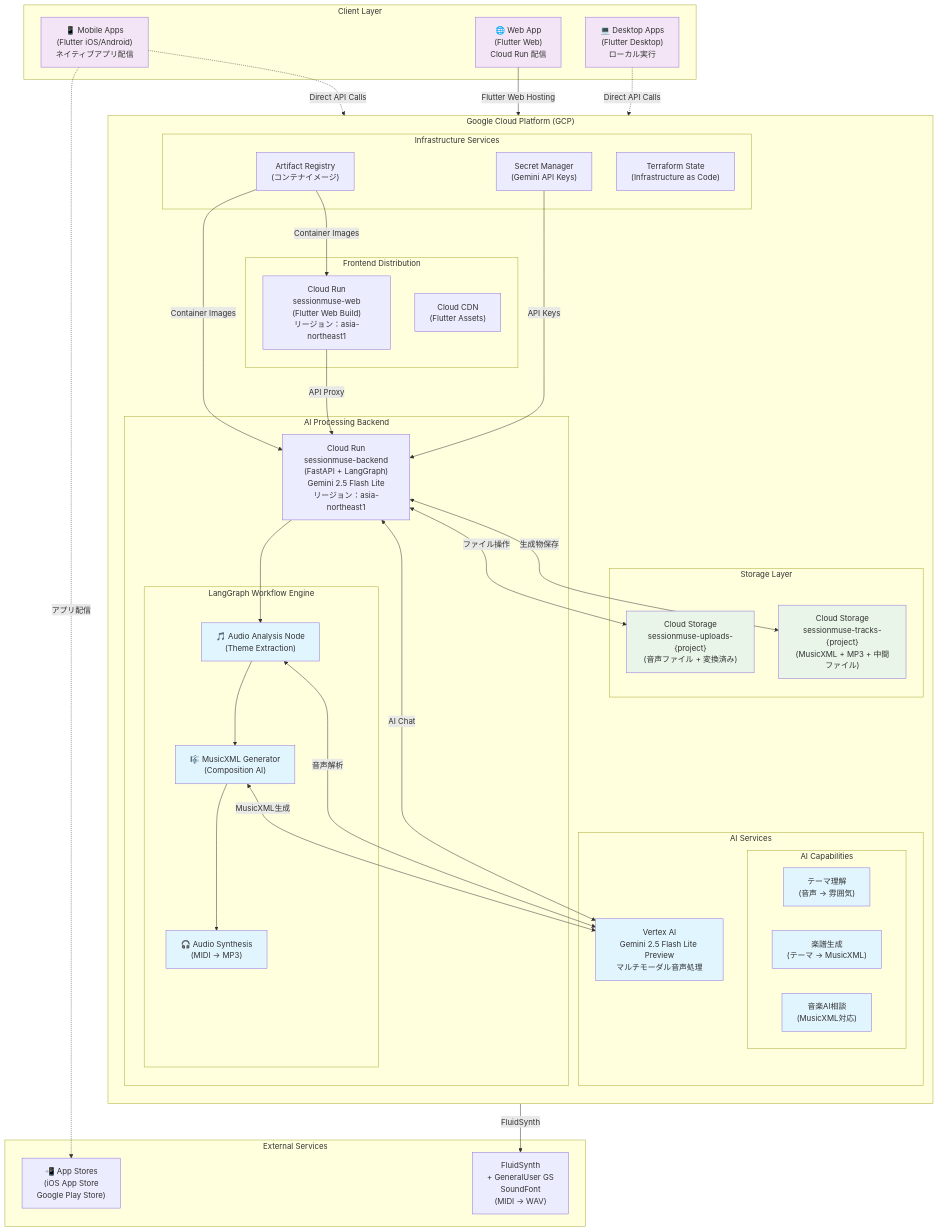
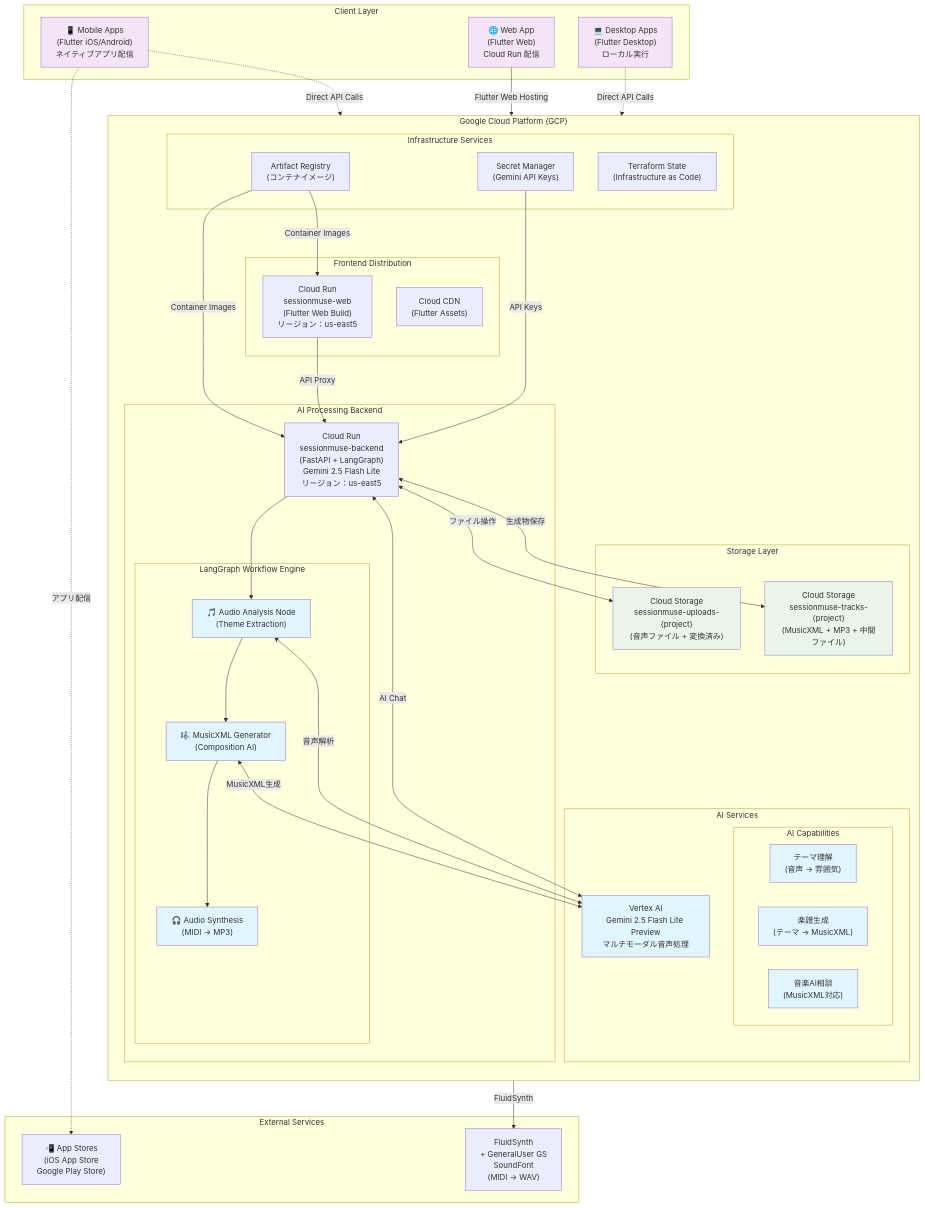
One commit to xxkuboxx/ai-hackathon-20250502 changed the first of 7 diagrams in infrastructure-design.md. Above: the diagram before and after it, drawn with Mermaid. The commit also changed other lines of this file and 2 other files, not shown here.

```diff
--- a/infrastructure-design.md
+++ b/infrastructure-design.md
@@ -31,12 +31,12 @@
         direction TB
 
         subgraph "Frontend Distribution"
-            CR_Web["Cloud Run\nsessionmuse-web\n(Flutter Web Build)\nリージョン：asia-northeast1"]
+            CR_Web["Cloud Run\nsessionmuse-web\n(Flutter Web Build)\nリージョン：us-east5"]
             CDN["Cloud CDN\n(Flutter Assets)"]
         end
 
         subgraph "AI Processing Backend"
-            CR_Backend["Cloud Run\nsessionmuse-backend\n(FastAPI + LangGraph)\nGemini 2.5 Flash Lite\nリージョン：asia-northeast1"]
+            CR_Backend["Cloud Run\nsessionmuse-backend\n(FastAPI + LangGraph)\nGemini 2.5 Flash Lite\nリージョン：us-east5"]
             
             subgraph "LangGraph Workflow Engine"
                 LG_Analyzer["🎵 Audio Analysis Node\n(Theme Extraction)"]
```
